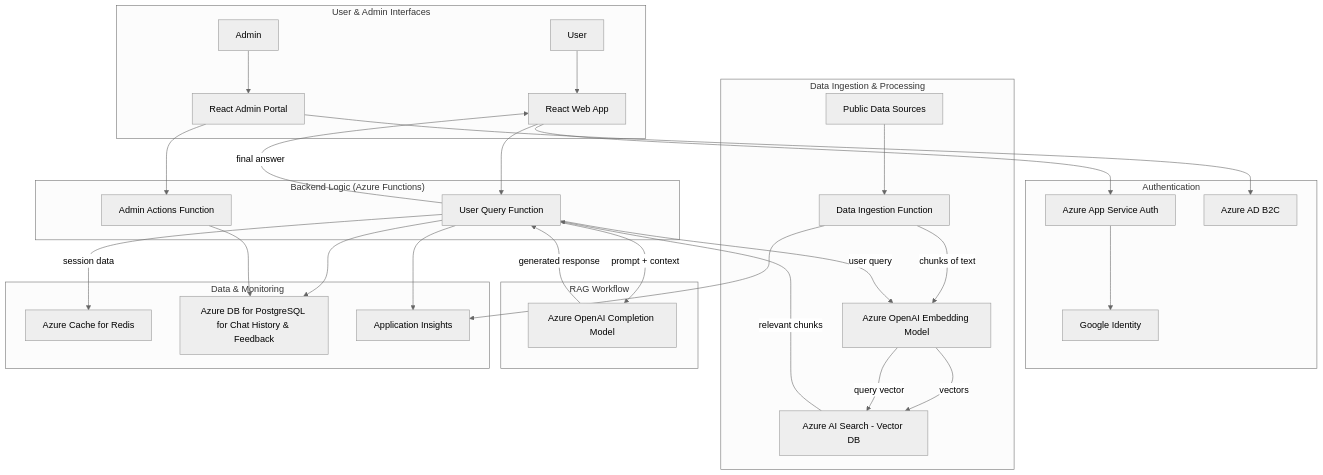
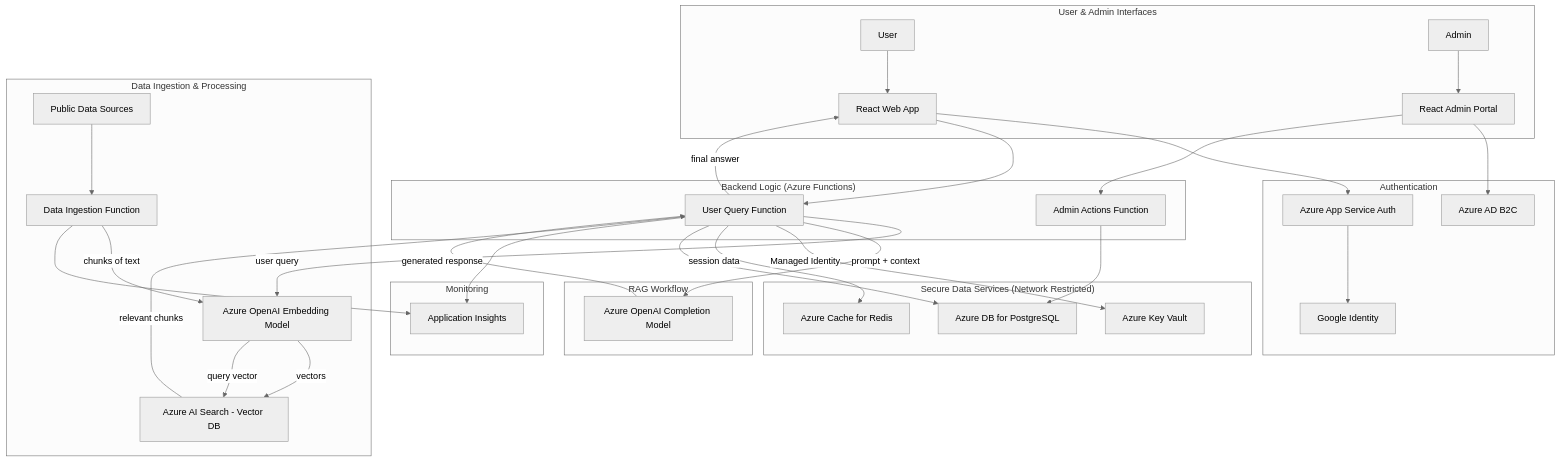
Before and after one commit to fpittelo/alpinebot: the diagram in README.md, drawn with Mermaid (neutral theme). The commit also changed other lines of this file and 31 other files, not shown here.

````diff
--- a/README.md
+++ b/README.md
@@ -68,41 +68,45 @@
 ```mermaid
 graph TD
     subgraph "User & Admin Interfaces"
         User[User] --> Frontend[React Web App];
         Admin[Admin] --> AdminPortal[React Admin Portal];
     end
 
     subgraph "Authentication"
         Frontend --> Auth[Azure App Service Auth];
         Auth --> Google[Google Identity];
         AdminPortal --> AdminAuth[Azure AD B2C];
     end
 
     subgraph "Backend Logic (Azure Functions)"
         Frontend --> Backend_User_Query[User Query Function];
         AdminPortal --> Backend_Admin_Actions[Admin Actions Function];
     end
 
     subgraph "Data Ingestion & Processing"
         PublicData[Public Data Sources] --> Ingestion_Func[Data Ingestion Function];
         Ingestion_Func -- chunks of text --> Embedding_Model[Azure OpenAI Embedding Model];
         Embedding_Model -- vectors --> VectorDB[Azure AI Search - Vector DB];
     end
 
     subgraph "RAG Workflow"
         Backend_User_Query -- user query --> Embedding_Model;
         Embedding_Model -- query vector --> VectorDB;
         VectorDB -- relevant chunks --> Backend_User_Query;
         Backend_User_Query -- prompt + context --> OpenAI_Completion[Azure OpenAI Completion Model];
         OpenAI_Completion -- generated response --> Backend_User_Query;
         Backend_User_Query -- final answer --> Frontend;
     end
 
-    subgraph "Data & Monitoring"
+    subgraph "Secure Data Services (Network Restricted)"
+        Backend_User_Query -- Managed Identity --> KeyVault[Azure Key Vault];
         Backend_User_Query -- session data --> Redis[Azure Cache for Redis];
-        Backend_User_Query --> PostgreSQL[Azure DB for PostgreSQL for Chat History & Feedback];
+        Backend_User_Query --> PostgreSQL[Azure DB for PostgreSQL];
         Backend_Admin_Actions --> PostgreSQL;
+    end
+
+    subgraph "Monitoring"
         Backend_User_Query --> AppInsights[Application Insights];
         Ingestion_Func --> AppInsights;
     end
 ```
````
